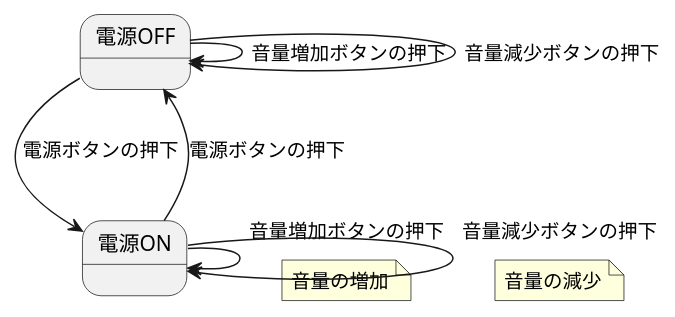
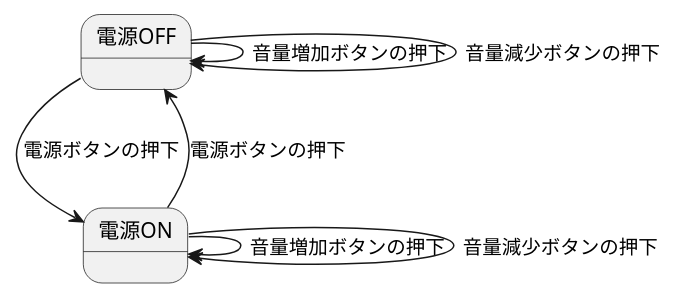
One commit to Miyoshi-Ryota/how-to-create-bgp changed the first of 3 diagrams in howtocreatebgpd.adoc. Above: the diagram before and after it, drawn with PlantUML.

Commit message:
説明なく使ってる独自記法を削除した

```diff
--- a/howtocreatebgpd.adoc
+++ b/howtocreatebgpd.adoc
@@ -69,23 +69,17 @@
 [plantuml]
 ----
 @startuml
 
 state 電源OFF
 
 state 電源ON
 
 電源OFF --> 電源ON : 電源ボタンの押下
 電源OFF --> 電源OFF : 音量増加ボタンの押下
 電源OFF --> 電源OFF : 音量減少ボタンの押下
 電源ON --> 電源OFF : 電源ボタンの押下
 電源ON --> 電源ON : 音量増加ボタンの押下
-note on link
-   音量の増加
-end note
 電源ON --> 電源ON : 音量減少ボタンの押下
-note on link
-  音量の減少
-end note
 
 @enduml
 ----
```
